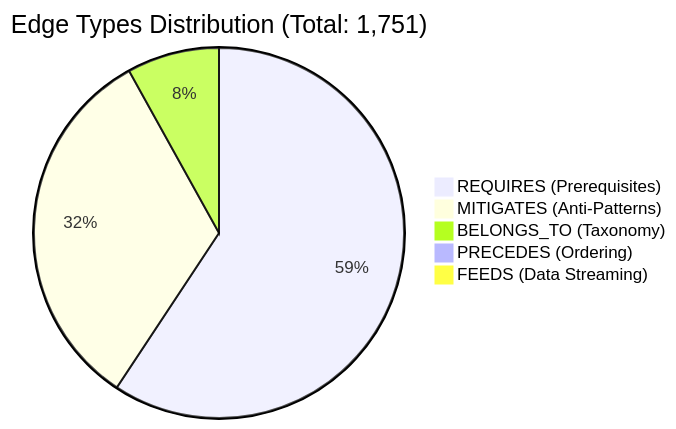
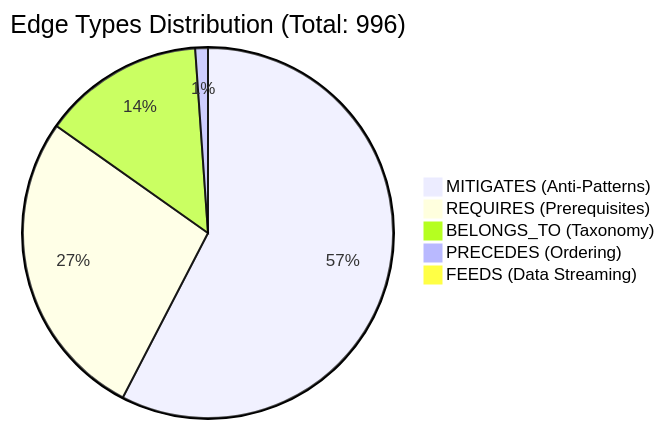
Before and after one commit to SpectreDeath/Brain-Harness: the first of 3 diagrams in reports/skill_knowledge_graph_cluster_analysis_report.md, drawn with Mermaid. The commit also changed other lines of this file and 64 other files, not shown here.

````diff
--- a/reports/skill_knowledge_graph_cluster_analysis_report.md
+++ b/reports/skill_knowledge_graph_cluster_analysis_report.md
@@ -33,8 +33,8 @@
 ```mermaid
-pie title Edge Types Distribution (Total: 1,751)
-    "REQUIRES (Prerequisites)" : 1030
-    "MITIGATES (Anti-Patterns)" : 567
+pie title Edge Types Distribution (Total: 996)
+    "MITIGATES (Anti-Patterns)" : 572
+    "REQUIRES (Prerequisites)" : 270
     "BELONGS_TO (Taxonomy)" : 140
     "PRECEDES (Ordering)" : 11
     "FEEDS (Data Streaming)" : 3
 ```
````
